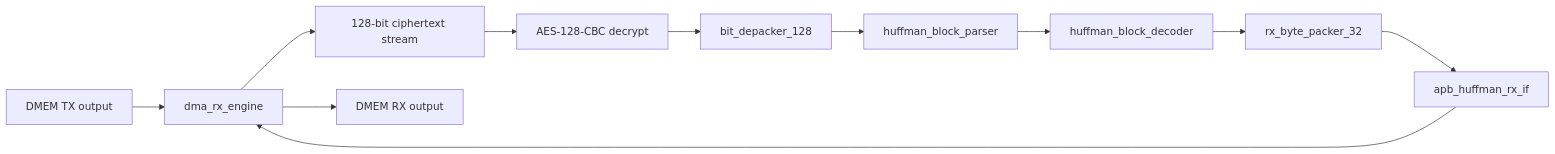
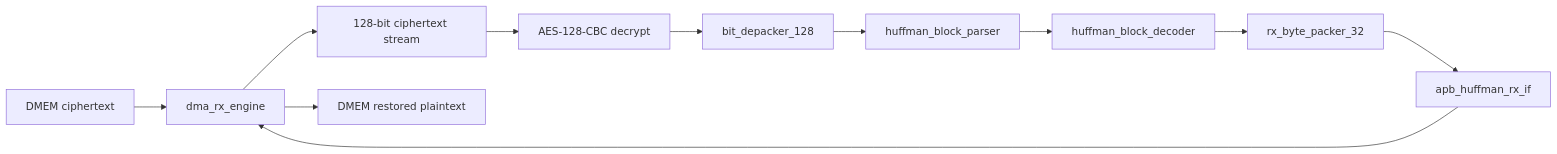
Before and after one commit to ngoquocan139/AES_huffman_all6: the fifth of 5 diagrams in docs/00_current_system_spec.md, drawn with Mermaid. The commit also changed other lines of this file and 44 other files, not shown here.

````diff
--- a/docs/00_current_system_spec.md
+++ b/docs/00_current_system_spec.md
@@ -219,13 +358,13 @@
 ```mermaid
 flowchart LR
-  CT["DMEM TX output"] --> RXDMA["dma_rx_engine"]
+  CT["DMEM ciphertext"] --> RXDMA["dma_rx_engine"]
   RXDMA --> STRM["128-bit ciphertext stream"]
   STRM --> AESI["AES-128-CBC decrypt"]
   AESI --> DEP["bit_depacker_128"]
   DEP --> PARSER["huffman_block_parser"]
   PARSER --> DEC["huffman_block_decoder"]
   DEC --> PACK32["rx_byte_packer_32"]
   PACK32 --> IF["apb_huffman_rx_if"]
   IF --> RXDMA
-  RXDMA --> OUT["DMEM RX output"]
+  RXDMA --> OUT["DMEM restored plaintext"]
 ```
````
